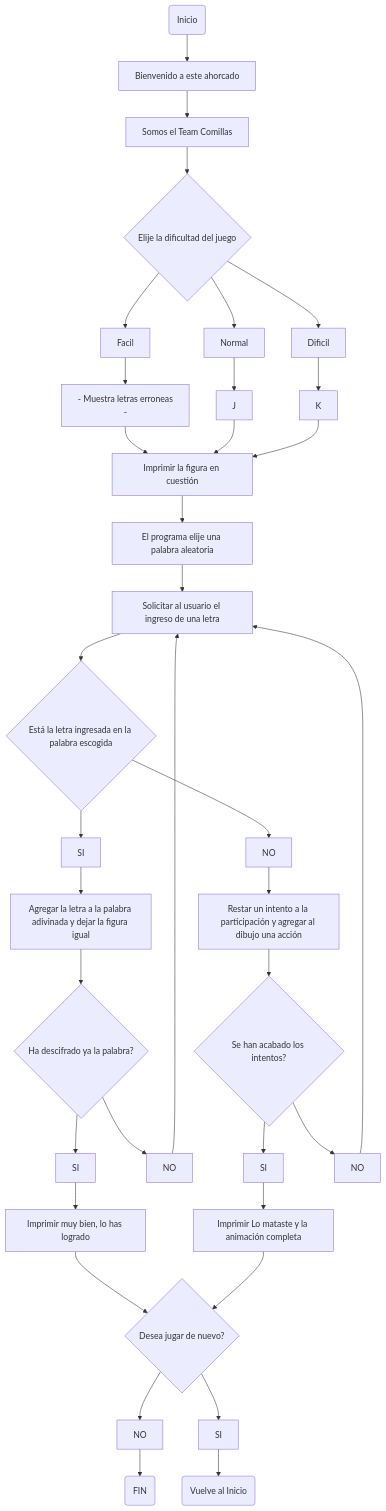
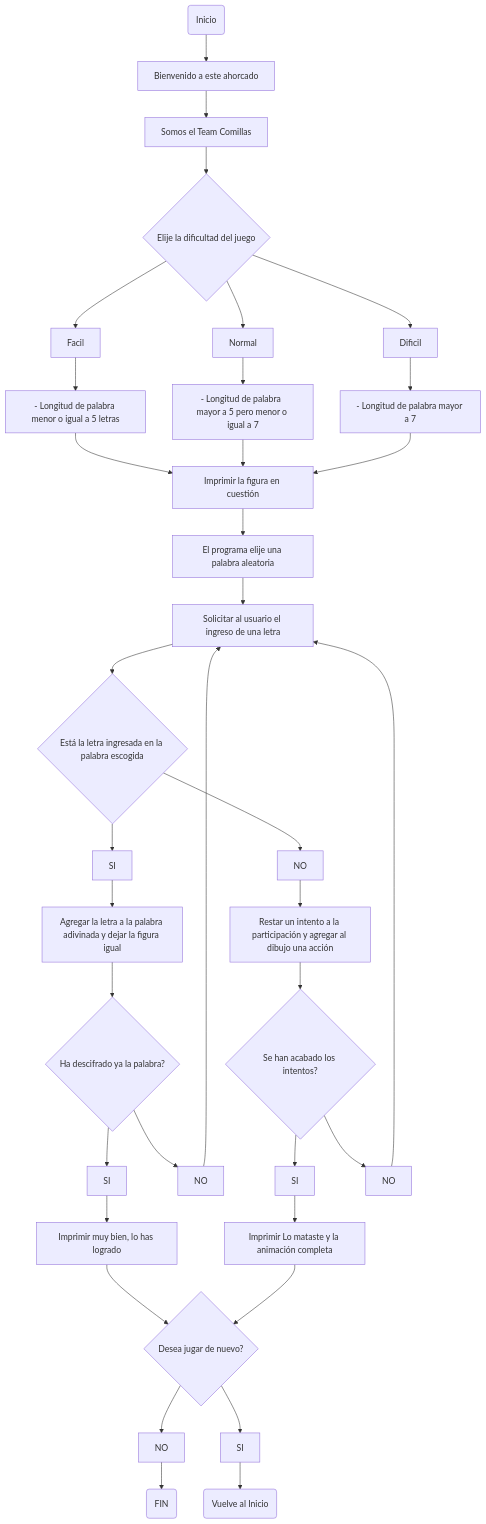
One commit to Artuu1999/Proyecto-Final changed the diagram in README.md. Above: the diagram before and after it, drawn with Mermaid. The commit also changed other lines of this file, not shown here.

````diff
--- a/README.md
+++ b/README.md
@@ -230,39 +246,38 @@
 ```mermaid
 flowchart TD
     A(Inicio)-->B[Bienvenido a este ahorcado]
     B-->D[Somos el Team Comillas]
     D-->E{Elije la dificultad del juego}
     E-->F[Facil]
     E-->G[Normal]
     E-->H[Dificil]
-    F-->I["- Muestra letras erroneas
-    - "]
-    G-->J
-    H-->K
+    F-->I["- Longitud de palabra menor o igual a 5 letras"]
+    G-->J["- Longitud de palabra  mayor a 5 pero menor o igual a 7"]
+    H-->K["- Longitud de palabra mayor a 7"]
     I-->L[Imprimir la figura en cuestión]
     J-->L
     K-->L
     L-->M[El programa elije una palabra aleatoria]
     M-->N[Solicitar al usuario el ingreso de una letra]
     N-->O{Está la letra ingresada en la palabra escogida}
     O-->P[SI]
     O-->Q[NO]
     P-->R[Agregar la letra a la palabra adivinada y dejar la figura igual]
     Q-->S[Restar un intento a la participación y agregar al dibujo una acción]
     R-->T{Ha descifrado ya la palabra?}
     S-->U{Se han acabado los intentos?}
     T-->V[SI]
     T-->W[NO]
     U-->X[SI]
     U-->Y[NO]
     W-->N
     Y-->N
     V-->Z[Imprimir muy bien, lo has logrado]
     Z-->2
     X-->1[Imprimir Lo mataste y la animación completa]
     1-->2{Desea jugar de nuevo?}
     2-->3[NO]
     2-->4[SI]
     4-->6(Vuelve al Inicio)
     3-->5(FIN)
 ```
````
